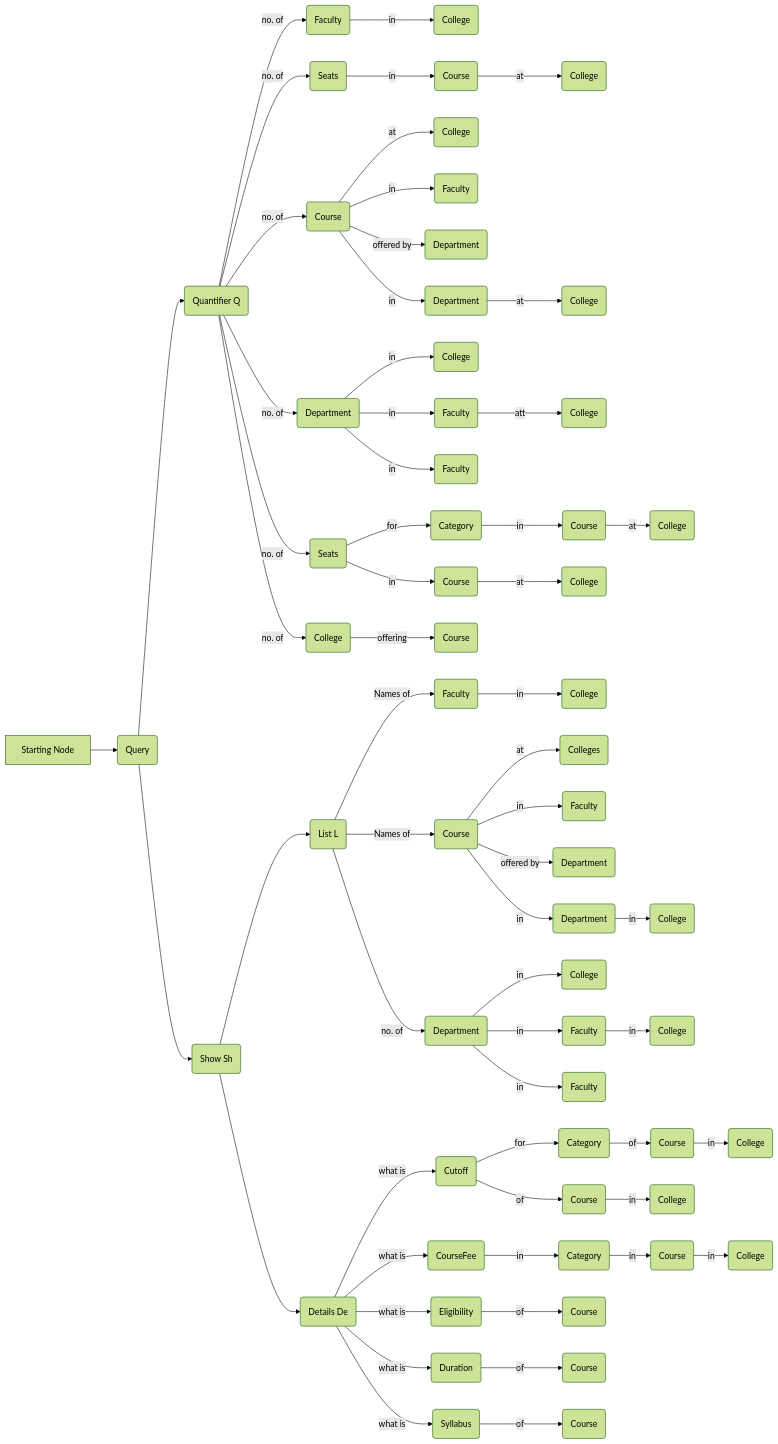
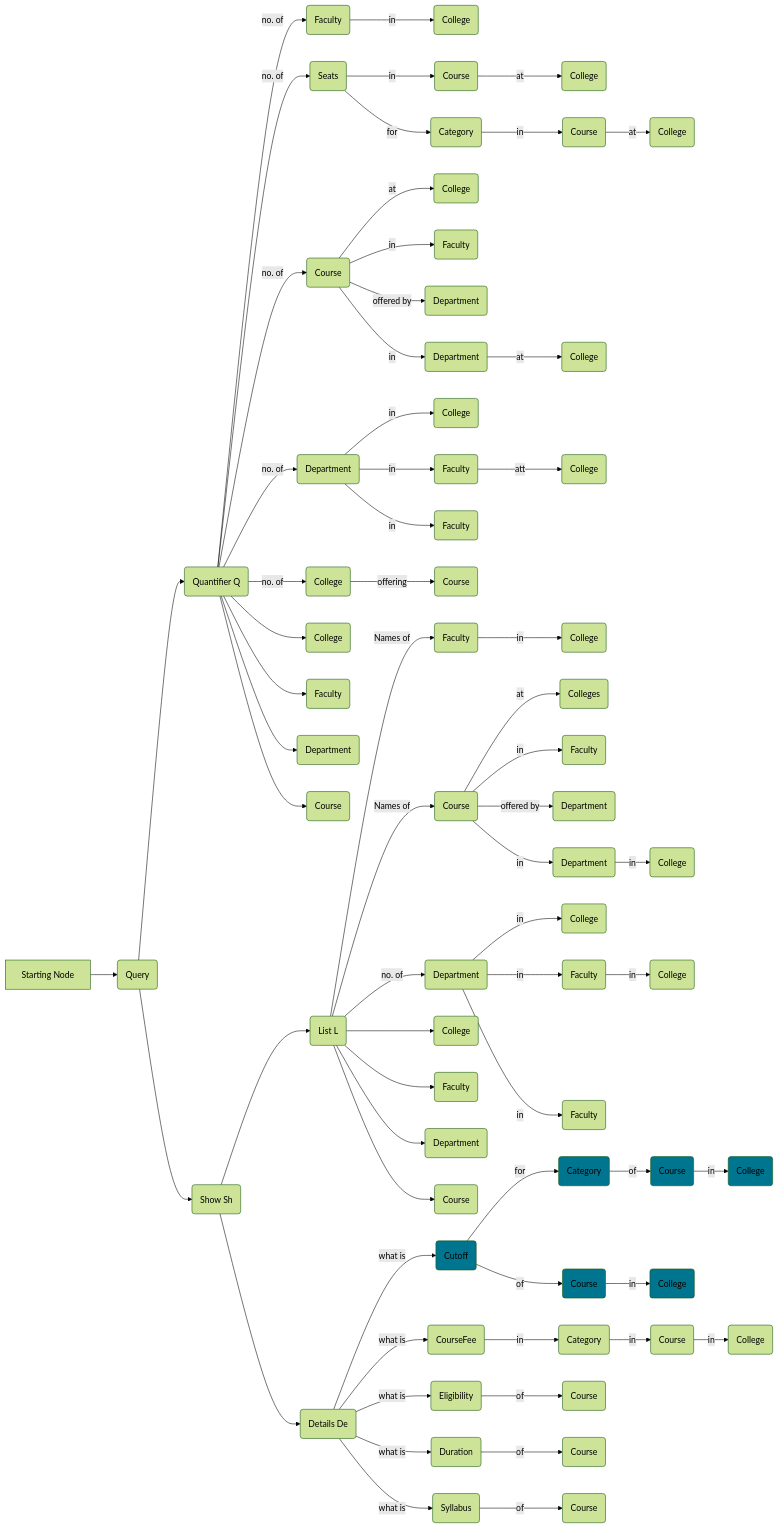
One commit to harshitadharamansharma/new changed the diagram in query_coverage_graph_mermaidjs.md. Above: the diagram before and after it, drawn with Mermaid (forest theme).

Commit message:
new commit new

````diff
--- a/query_coverage_graph_mermaidjs.md
+++ b/query_coverage_graph_mermaidjs.md
@@ -5,13 +5,19 @@
     %%Query --> L1(List L)
     %%Query --> O1(Other Queries O)
     Query --> Sh1(Show Sh)
+    
 
     Q1 --> |no. of| F1(Faculty)
     F1 --> |in| COL1(College)
 
+ 
     Q1 --> |no. of| S1(Seats)
     S1 --> |in| C1(Course)
     C1 --> |at| COL5(College)
+
+    S1   --> |for| CAT1(Category)
+    CAT1 --> |in| C4(Course)
+    C4   --> |at| COL8(College)
  
     Q1 --> |no. of| C2(Course)
     C2 --> |at| COL2(College)
@@ -31,15 +37,17 @@
  
     D2 --> |in| F5(Faculty)
  
-    Q1   --> |no. of| S2(Seats)
-    S2   --> |for| CAT1(Category)
-    CAT1 --> |in| C4(Course)
-    C4   --> |at| COL8(College)
+    %% Q1   --> |no. of| S2(Seats)
+
+    %% S2   --> |for| CAT1(Category)
+    %% CAT1 --> |in| C4(Course)
+    %% C4   --> |at| COL8(College)
  
-    S2   --> |in| C11(Course)
-    C11  --> |at| COL14(College)
- 
-    De1   --> |what is| CUT1(Cutoff)
+    %% S2   --> |in| C11(Course)
+    %% C11  --> |at| COL14(College)
+
+
+    De1  --> |what is| CUT1(Cutoff)
     CUT1 --> |for| CAT2(Category)
     CAT2 --> |of| C6(Course)
     C6   --> |in| COL10(College)
@@ -50,7 +58,7 @@
     %%    |what is| cutoff --> category --> course --> college
     %%    |what is| coursefee --> category --> course --> college  
  
-    De1   --> |what is| CFE1(CourseFee)
+    De1  --> |what is| CFE1(CourseFee)
     CFE1 --> |in| CAT3(Category)
     CAT3 --> |in| C7(Course)
     C7   --> |in| COL11(College)
@@ -63,9 +71,10 @@
     Q1    --> |no. of| COL16(College)
     COL16 --> |offering| C13(Course)
 
-    %% Q1 --> COL14(College)
-    %% Q1 --> F5(Faculty)
-    %% Q1 --> D5(Department)
+    Q1 --> COL14(College)
+    Q1 --> F10(Faculty)
+    Q1 --> D5(Department)
+    Q1 --> C16(Course)
 
     Sh1 --> L1(List L)
     Sh1 --> De1(Details De)
@@ -79,6 +88,7 @@
     %%L1   --> |what is| SYL1(Syllabus)
     %%SYL1 --> |of| C10(Course)
 
+
     De1 --> |what is| E2(Eligibility)
     E2  --> |of| C8(Course)
 
@@ -86,7 +96,6 @@
     DUR1 --> |of| C9(Course)
 
     De1  --> |what is| SYL1(Syllabus)
-    
     SYL1 --> |of| C10(Course)
 
     L1 --> |Names of| F6(Faculty)
@@ -110,6 +119,18 @@
 
     D8 --> |in| F9(Faculty)
 
+    L1 --> COL13(College)
+    L1 --> F11(Faculty)
+    L1 --> D9(Department)
+    L1 --> C17(Course)
+
     %%L1 --> |Names of| COL22(College)
     %%COL22 --> |offering| C15(Course)
+
+    style CUT1 fill:#00758f
+    style CAT2 fill:#00758F
+    style C6 fill:#00758f
+    style C12 fill:#00758f
+    style COL15 fill:#00758f
+    style COL10 fill:#00758f
 ```
````
